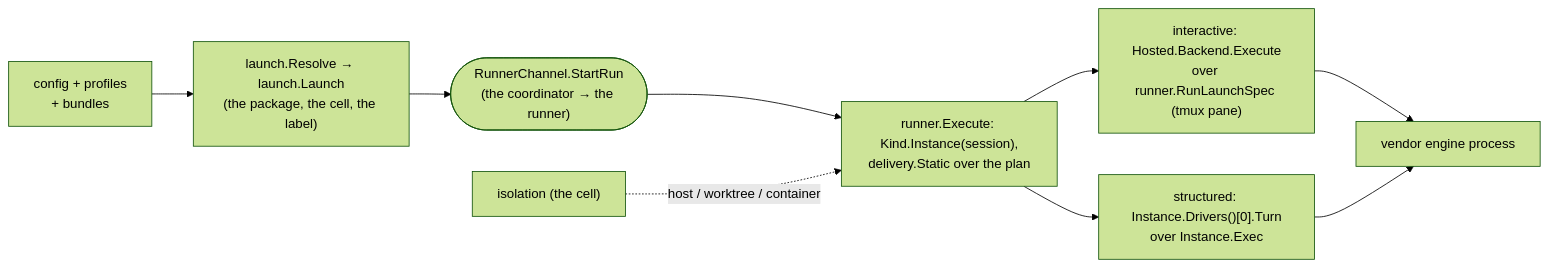
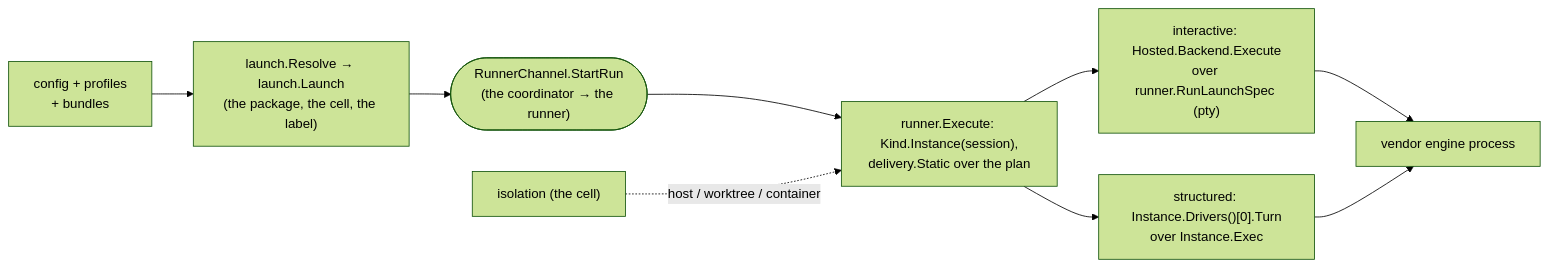
Before and after one commit to ctxloom/ctxloom: the diagram in docs/architecture/engines/README.md, drawn with Mermaid (forest theme). The commit also changed other lines of this file and 16 other files, not shown here.

````diff
--- a/docs/architecture/engines/README.md
+++ b/docs/architecture/engines/README.md
@@ -93,12 +93,12 @@
 ```mermaid
 flowchart LR
     CFG["config + profiles<br/>+ bundles"] --> LNCH["launch.Resolve → launch.Launch<br/>(the package, the cell, the label)"]
     LNCH --> CH(["RunnerChannel.StartRun<br/>(the coordinator → the runner)"])
     CH --> RUN["runner.Execute: Kind.Instance(session),<br/>delivery.Static over the plan"]
-    RUN --> INT["interactive: Hosted.Backend.Execute<br/>over runner.RunLaunchSpec (tmux pane)"]
+    RUN --> INT["interactive: Hosted.Backend.Execute<br/>over runner.RunLaunchSpec (pty)"]
     RUN --> STR["structured: Instance.Drivers()[0].Turn<br/>over Instance.Exec"]
     INT --> ENG["vendor engine process"]
     STR --> ENG
 
     ISO["isolation (the cell)"] -.->|host / worktree / container| RUN
 ```
````
